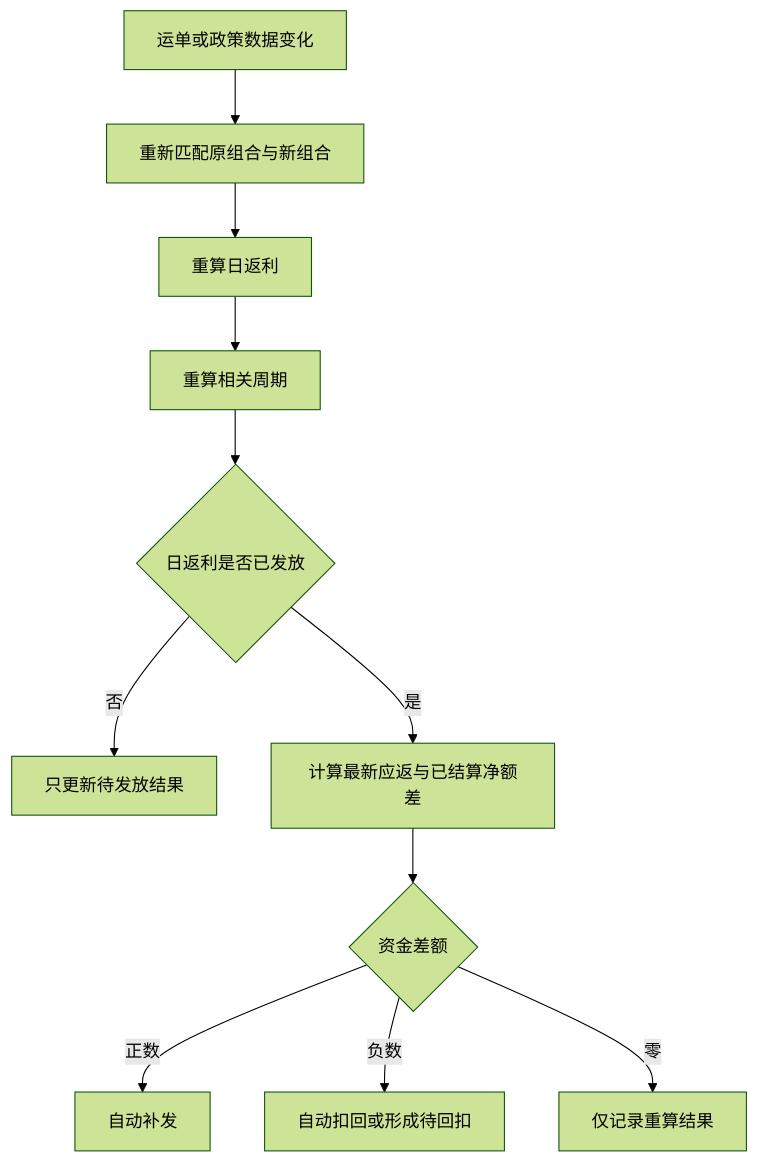
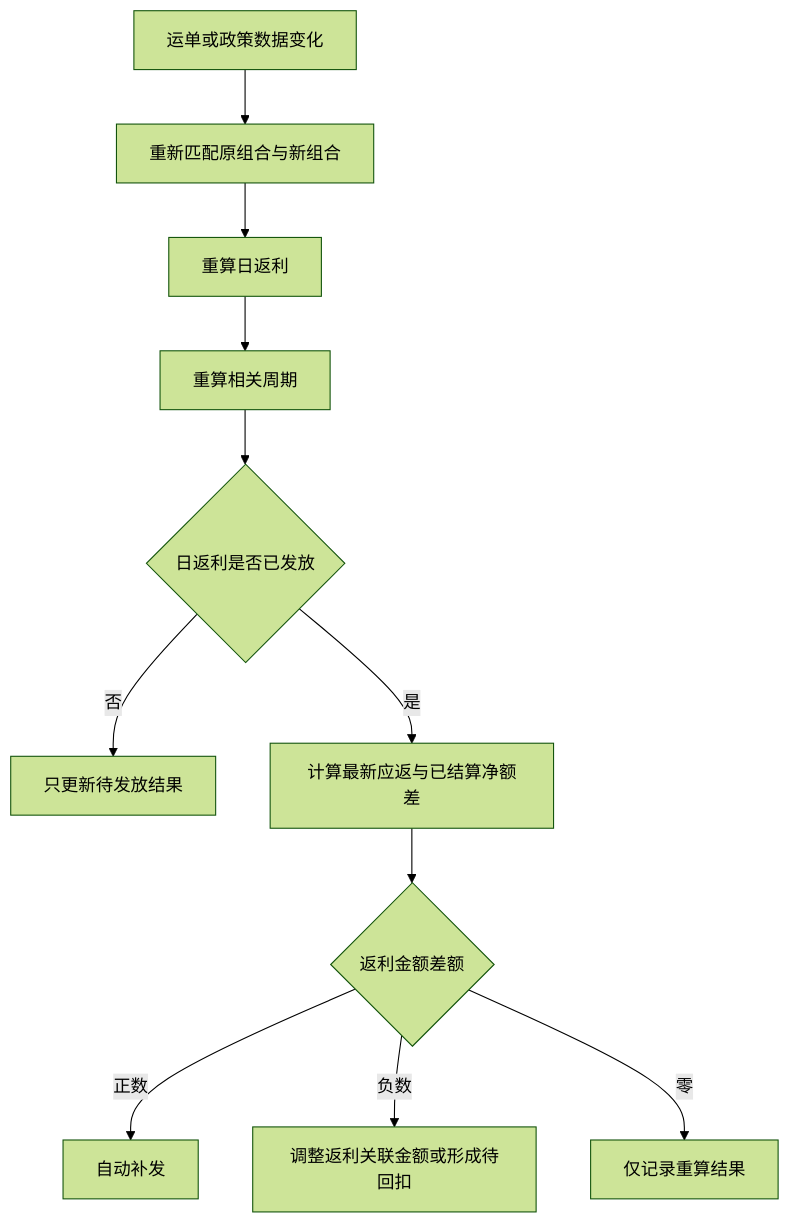
One commit to lichen-lc123/wangdianfanli changed the second of 2 diagrams in 03-产品设计/业务PRD/返利管理业务PRD.md. Above: the diagram before and after it, drawn with Mermaid (forest theme). The commit also changed other lines of this file and 22 other files, not shown here.

````diff
--- a/03-产品设计/业务PRD/返利管理业务PRD.md
+++ b/03-产品设计/业务PRD/返利管理业务PRD.md
@@ -151,13 +166,13 @@
 ```mermaid
 flowchart TD
     A[运单或政策数据变化] --> B[重新匹配原组合与新组合]
     B --> C[重算日返利]
     C --> D[重算相关周期]
     D --> E{日返利是否已发放}
     E -->|否| F[只更新待发放结果]
     E -->|是| G[计算最新应返与已结算净额差]
-    G --> H{资金差额}
+    G --> H{返利金额差额}
     H -->|正数| I[自动补发]
-    H -->|负数| J[自动扣回或形成待回扣]
+    H -->|负数| J[调整返利关联金额或形成待回扣]
     H -->|零| K[仅记录重算结果]
 ```
````
